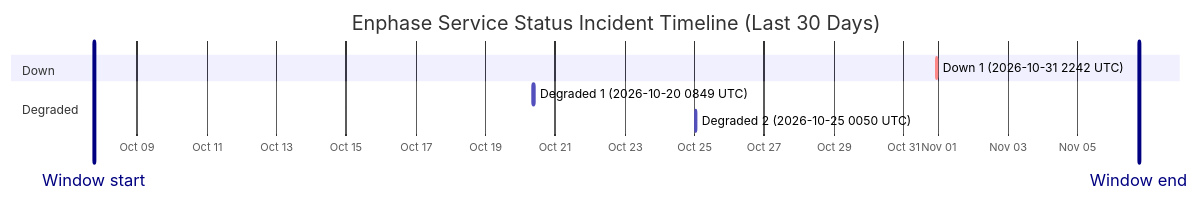
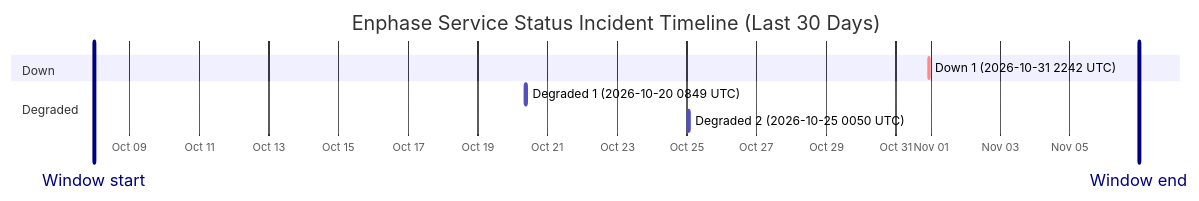
Before and after one commit to barneyonline/ha-enphase-energy: the diagram in wiki/Service-Status-History.md, drawn with Mermaid. The commit also changed other lines of this file and 3 other files, not shown here.

````diff
--- a/wiki/Service-Status-History.md
+++ b/wiki/Service-Status-History.md
@@ -14,13 +14,13 @@
 ```mermaid
 gantt
     title Enphase Service Status Incident Timeline (Last 30 Days)
     dateFormat  YYYY-MM-DDTHH:mm:ss
     axisFormat  %b %d
-    Window start :vert, window-start, 2026-10-07T18:12:48, 0ms
-    Window end :vert, window-end, 2026-11-06T18:12:48, 0ms
+    Window start :vert, window-start, 2026-10-07T23:23:07, 0ms
+    Window end :vert, window-end, 2026-11-06T23:23:07, 0ms
     section Down
     Down 1 (2026-10-31 2242 UTC) :crit, down-1, 2026-10-31T22:42:18, 60m
     section Degraded
     Degraded 1 (2026-10-20 0849 UTC) :active, degraded-1, 2026-10-20T08:49:49, 60m
     Degraded 2 (2026-10-25 0050 UTC) :active, degraded-2, 2026-10-25T00:50:01, 60m
 ```
````
